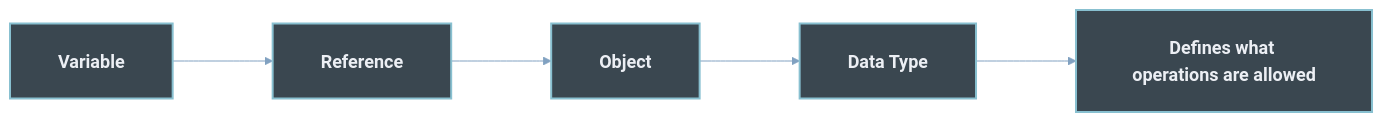
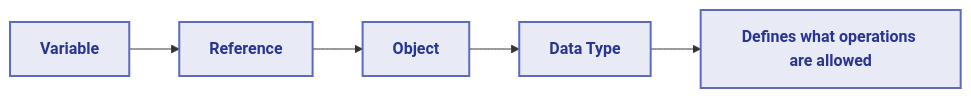
The sixth of 6 diagrams in 01_ Python_For_ Agentic_ Ai/01 Data types/Readme.md (maliksiddiq/learning-agentic-ai), drawn with Mermaid before and after one commit. The commit also changed other lines of this file, not shown here.

````diff
--- a/01_ Python_For_ Agentic_ Ai/01 Data types/Readme.md
+++ b/01_ Python_For_ Agentic_ Ai/01 Data types/Readme.md
@@ -922,9 +1014,8 @@
 ```mermaid
-%%{init: {'theme': 'base', 'themeVariables': {'background': '#2E3440', 'primaryColor': '#3B4252', 'primaryTextColor': '#ECEFF4', 'primaryBorderColor': '#88C0D0', 'lineColor': '#81A1C1', 'edgeLabelBackground': '#3B4252', 'fontSize': '18px', 'fontFamily': 'Segoe UI, Arial, sans-serif'}, 'flowchart': {'useMaxWidth': true, 'htmlLabels': true, 'nodeSpacing': 70, 'rankSpacing': 100, 'curve': 'basis', 'padding': 24}} }%%
 flowchart LR
     V["Variable"] --> R["Reference"] --> O["Object"] --> T["Data Type"]
     T --> Rules["Defines what operations are allowed"]
 
-    classDef step fill:#3A4750,color:#ECEFF4,stroke:#88C0D0,stroke-width:2px,font-weight:600
+    classDef step fill:#E8EAF6,color:#283593,stroke:#5C6BC0,stroke-width:2px,font-weight:bold
     class V,R,O,T,Rules step
 ```
````
